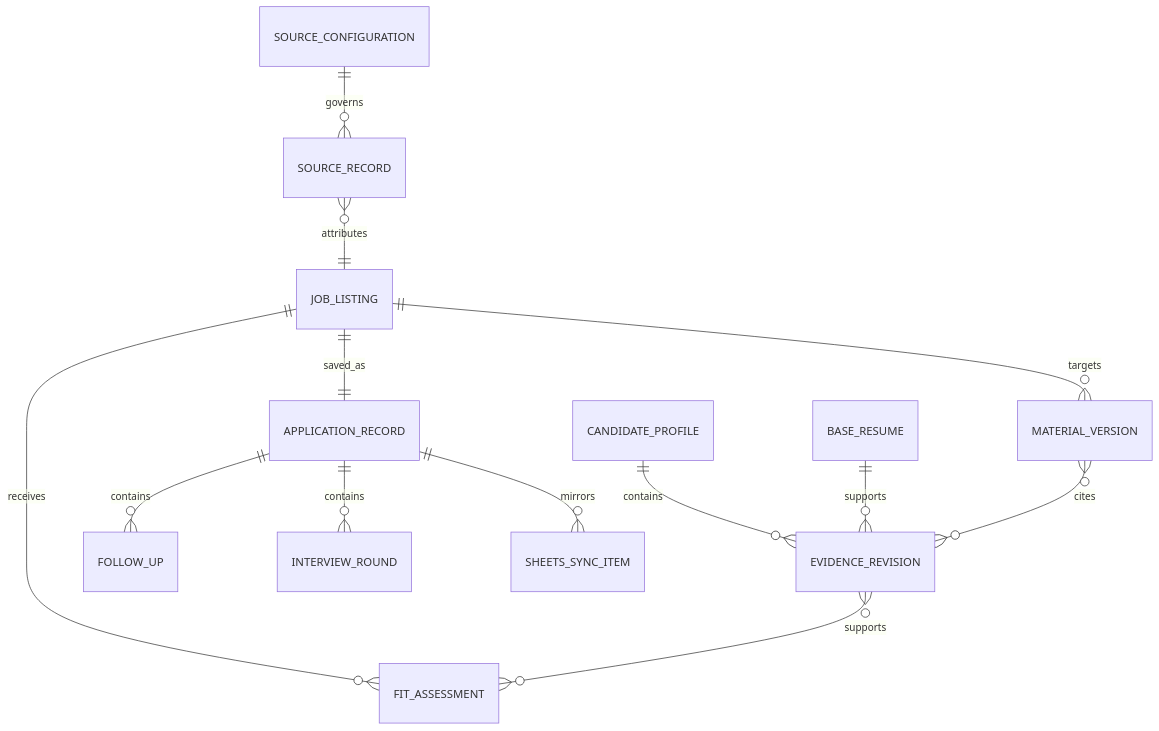
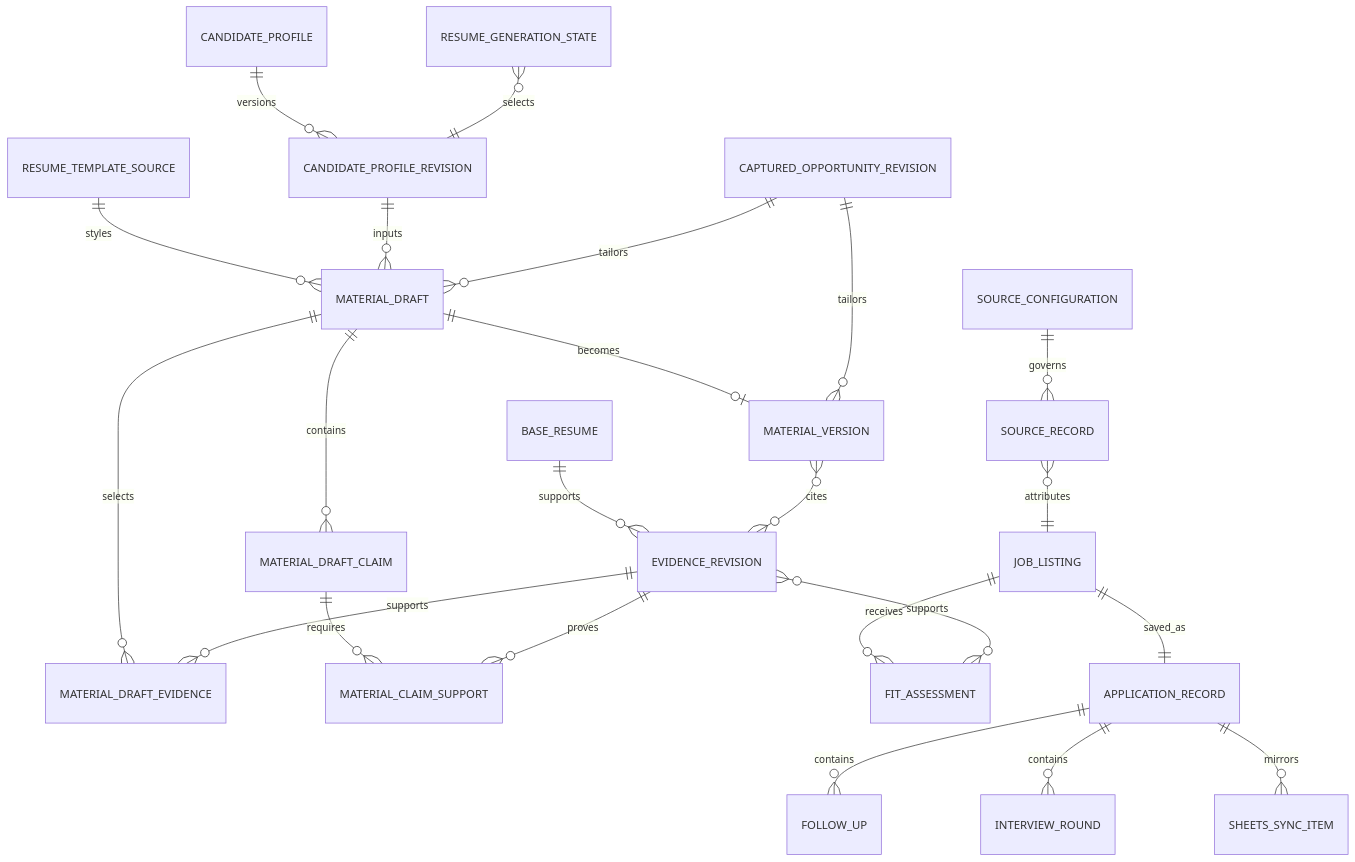
The second of 3 diagrams in _bmad-output/planning-artifacts/architecture/architecture-Resume-2026-08-07/ARCHITECTURE-SPINE.md (atjavier/career-workbench), drawn with Mermaid before and after one commit. The commit also changed other lines of this file and 43 other files, not shown here.

Commit message:
docs: record profile-led resume delivery

````diff
--- a/_bmad-output/planning-artifacts/architecture/architecture-Resume-2026-08-07/ARCHITECTURE-SPINE.md
+++ b/_bmad-output/planning-artifacts/architecture/architecture-Resume-2026-08-07/ARCHITECTURE-SPINE.md
@@ -133,15 +134,25 @@
 ```mermaid
 erDiagram
-  CANDIDATE_PROFILE ||--o{ EVIDENCE_REVISION : contains
+  CANDIDATE_PROFILE ||--o{ CANDIDATE_PROFILE_REVISION : versions
+  RESUME_GENERATION_STATE }o--|| CANDIDATE_PROFILE_REVISION : selects
+  RESUME_TEMPLATE_SOURCE ||--o{ MATERIAL_DRAFT : styles
+  CANDIDATE_PROFILE_REVISION ||--o{ MATERIAL_DRAFT : inputs
+  CAPTURED_OPPORTUNITY_REVISION ||--o{ MATERIAL_DRAFT : tailors
+  MATERIAL_DRAFT ||--o{ MATERIAL_DRAFT_EVIDENCE : selects
+  EVIDENCE_REVISION ||--o{ MATERIAL_DRAFT_EVIDENCE : supports
+  MATERIAL_DRAFT ||--o{ MATERIAL_DRAFT_CLAIM : contains
+  MATERIAL_DRAFT_CLAIM ||--o{ MATERIAL_CLAIM_SUPPORT : requires
+  EVIDENCE_REVISION ||--o{ MATERIAL_CLAIM_SUPPORT : proves
+  MATERIAL_DRAFT ||--o| MATERIAL_VERSION : becomes
   BASE_RESUME ||--o{ EVIDENCE_REVISION : supports
   SOURCE_CONFIGURATION ||--o{ SOURCE_RECORD : governs
   SOURCE_RECORD }o--|| JOB_LISTING : attributes
   JOB_LISTING ||--o{ FIT_ASSESSMENT : receives
   EVIDENCE_REVISION }o--o{ FIT_ASSESSMENT : supports
-  JOB_LISTING ||--o{ MATERIAL_VERSION : targets
+  CAPTURED_OPPORTUNITY_REVISION ||--o{ MATERIAL_VERSION : tailors
   MATERIAL_VERSION }o--o{ EVIDENCE_REVISION : cites
   JOB_LISTING ||--|| APPLICATION_RECORD : saved_as
   APPLICATION_RECORD ||--o{ FOLLOW_UP : contains
   APPLICATION_RECORD ||--o{ INTERVIEW_ROUND : contains
   APPLICATION_RECORD ||--o{ SHEETS_SYNC_ITEM : mirrors
 ```
````
